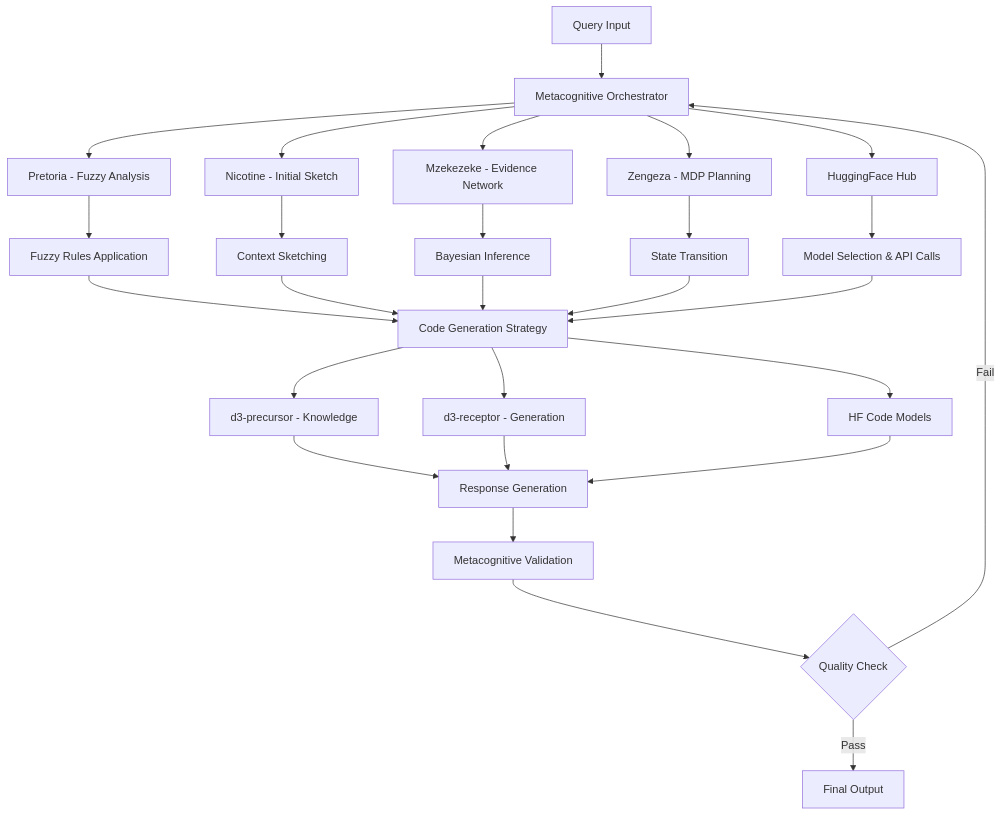
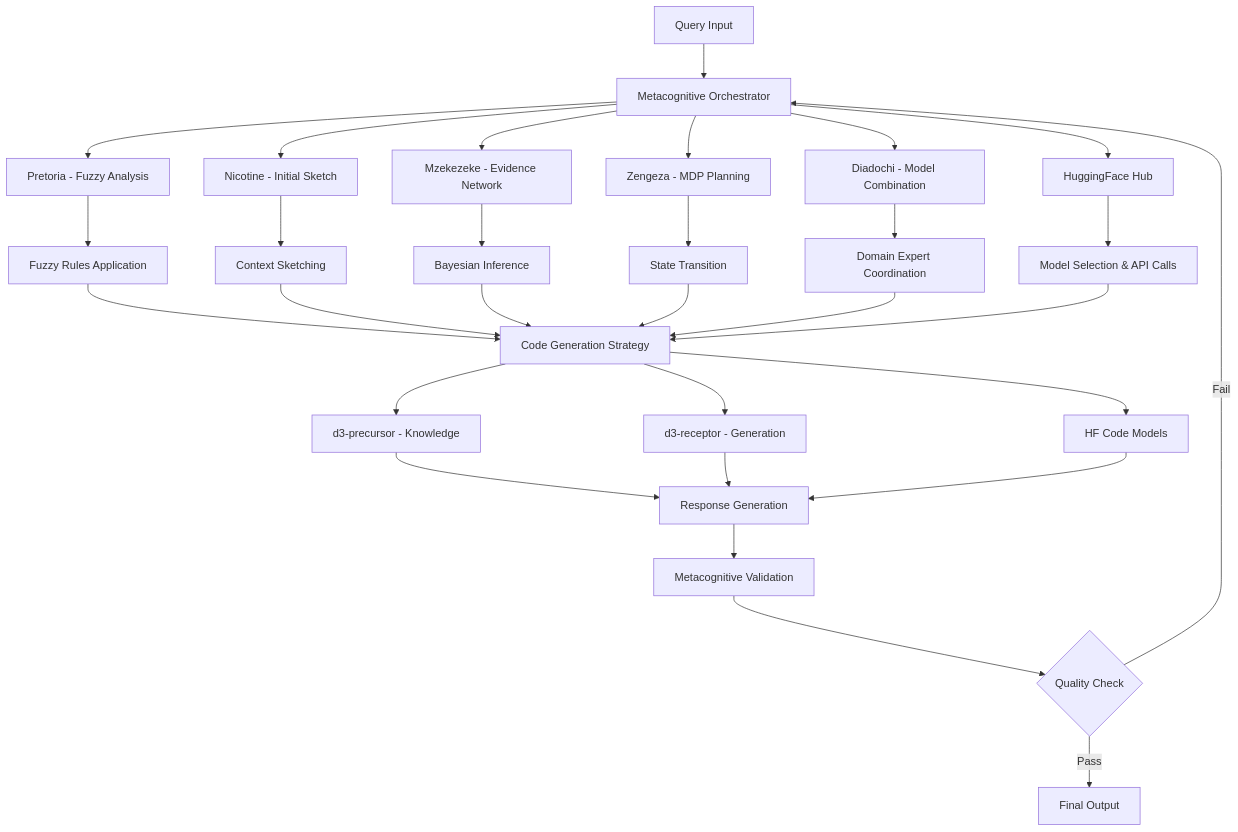
Before and after one commit to fullscreen-triangle/spectacular: the diagram in README.md, drawn with Mermaid. The commit also changed other lines of this file and 11 other files, not shown here.

````diff
--- a/README.md
+++ b/README.md
@@ -221,34 +274,37 @@
 ```mermaid
 graph TD
     A[Query Input] --> B[Metacognitive Orchestrator]
     B --> C[Pretoria - Fuzzy Analysis]
     B --> D[Nicotine - Initial Sketch]
     B --> E[Mzekezeke - Evidence Network]
     B --> F[Zengeza - MDP Planning]
-    B --> G[HuggingFace Hub]
+    B --> G[Diadochi - Model Combination]
+    B --> H[HuggingFace Hub]
     
-    C --> H[Fuzzy Rules Application]
-    D --> I[Context Sketching]
-    E --> J[Bayesian Inference]
-    F --> K[State Transition]
-    G --> L[Model Selection & API Calls]
+    C --> I[Fuzzy Rules Application]
+    D --> J[Context Sketching]
+    E --> K[Bayesian Inference]
+    F --> L[State Transition]
+    G --> M[Domain Expert Coordination]
+    H --> N[Model Selection & API Calls]
     
-    H --> M[Code Generation Strategy]
-    I --> M
-    J --> M
-    K --> M
-    L --> M
+    I --> O[Code Generation Strategy]
+    J --> O
+    K --> O
+    L --> O
+    M --> O
+    N --> O
     
-    M --> N[d3-precursor - Knowledge]
-    M --> O[d3-receptor - Generation]
-    M --> P[HF Code Models]
+    O --> P[d3-precursor - Knowledge]
+    O --> Q[d3-receptor - Generation]
+    O --> R[HF Code Models]
     
-    N --> Q[Response Generation]
-    O --> Q
-    P --> Q
+    P --> S[Response Generation]
+    Q --> S
+    R --> S
     
-    Q --> R[Metacognitive Validation]
-    R --> S{Quality Check}
-    S -->|Pass| T[Final Output]
-    S -->|Fail| B
+    S --> T[Metacognitive Validation]
+    T --> U{Quality Check}
+    U -->|Pass| V[Final Output]
+    U -->|Fail| B
 ```
````
